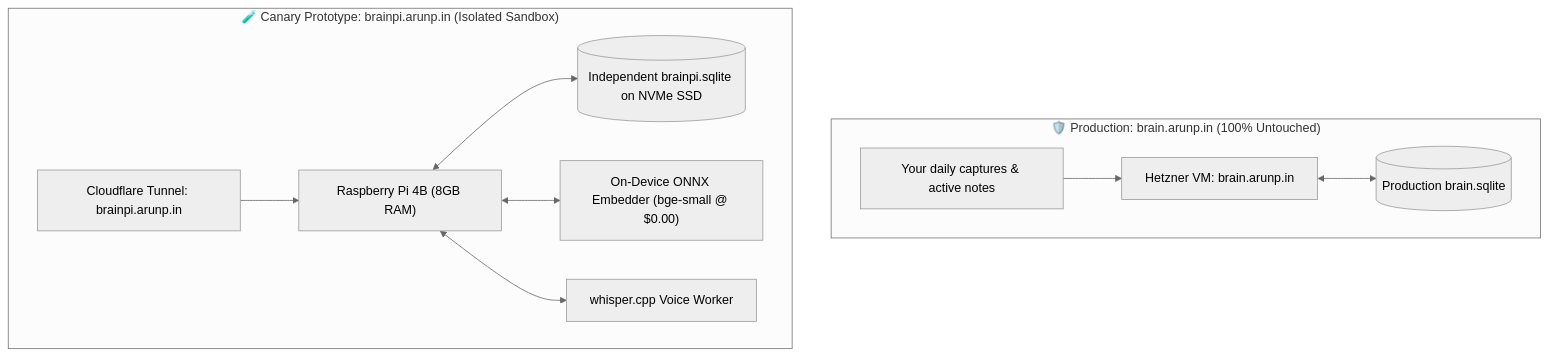
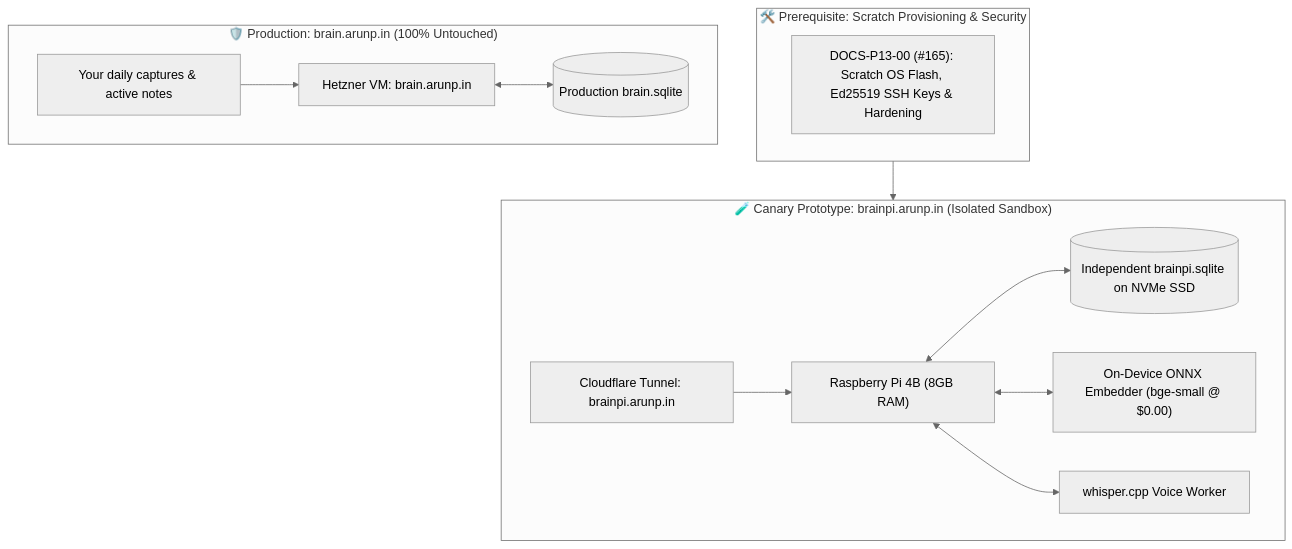
Before and after one commit to arunpr614/ai-brain: the diagram in specs/JIRA_BACKLOG_PHASE13_CANARY_PROTOTYPE_TICKETS.md, drawn with Mermaid (neutral theme). The commit also changed other lines of this file, not shown here.

Commit message:
docs(phase13): add DOCS-P13-00 (#165) scratch setup and SSH key hardening ticket

````diff
--- a/specs/JIRA_BACKLOG_PHASE13_CANARY_PROTOTYPE_TICKETS.md
+++ b/specs/JIRA_BACKLOG_PHASE13_CANARY_PROTOTYPE_TICKETS.md
@@ -14,20 +14,26 @@
 ```mermaid
 flowchart TD
+    subgraph SetupFoundation ["🛠️ Prerequisite: Scratch Provisioning & Security"]
+        Doc["DOCS-P13-00 (#165): Scratch OS Flash, Ed25519 SSH Keys & Hardening"]
+    end
+
     subgraph ProductionEnv ["🛡️ Production: brain.arunp.in (100% Untouched)"]
         ProdCloud["Hetzner VM: brain.arunp.in"]
         ProdDB[("Production brain.sqlite")]
         ProdUsers["Your daily captures & active notes"]
         ProdUsers --> ProdCloud <--> ProdDB
     end
 
     subgraph CanaryPiEnv ["🧪 Canary Prototype: brainpi.arunp.in (Isolated Sandbox)"]
         PiCloudflare["Cloudflare Tunnel: brainpi.arunp.in"]
         PiNode["Raspberry Pi 4B (8GB RAM)"]
         PiDB[("Independent brainpi.sqlite on NVMe SSD")]
         PiONNX["On-Device ONNX Embedder (bge-small @ $0.00)"]
         PiWhisper["whisper.cpp Voice Worker"]
         
         PiCloudflare --> PiNode <--> PiDB
         PiNode <--> PiONNX & PiWhisper
     end
+
+    SetupFoundation --> CanaryPiEnv
 ```
````
